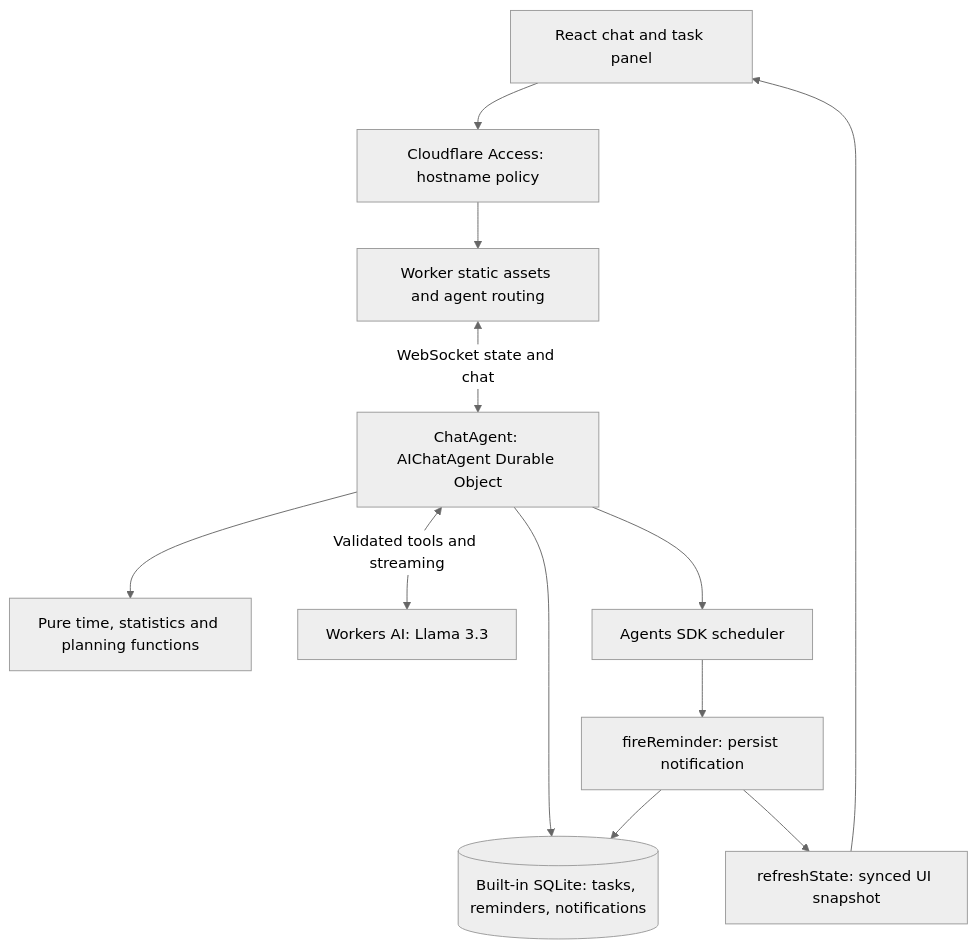
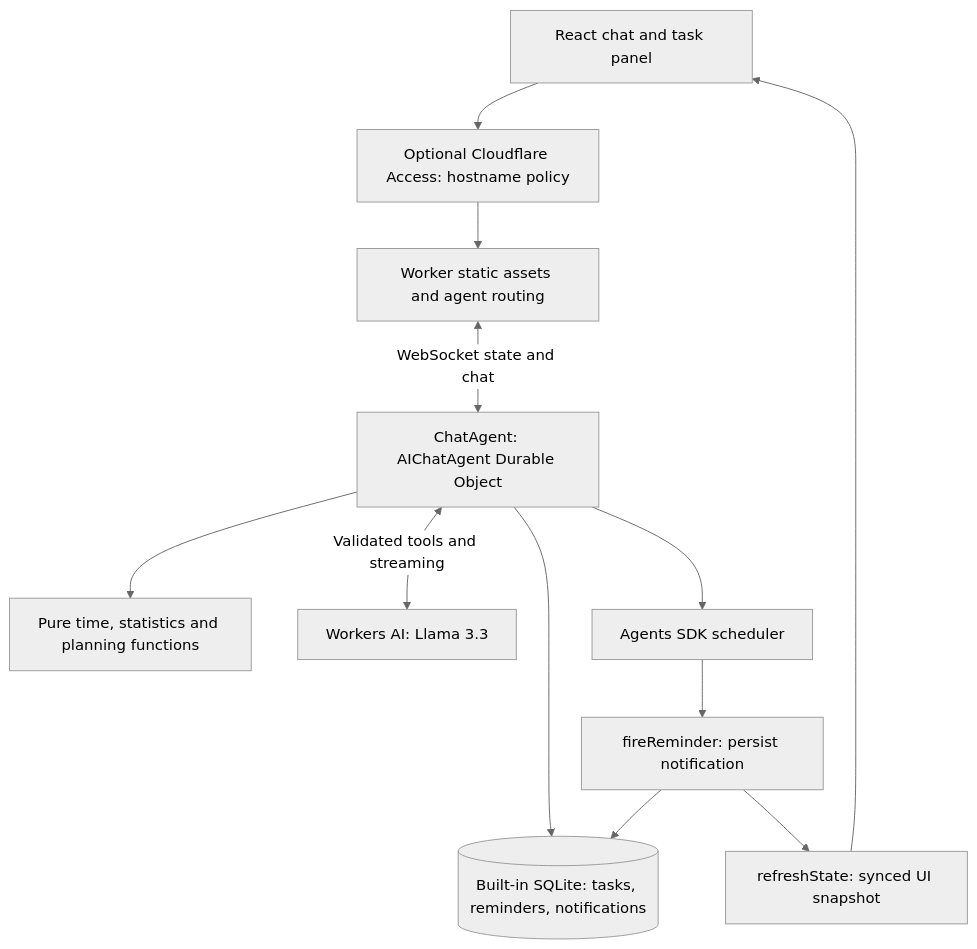
The diagram in README.md (anastasiabutok/todo-agent), drawn with Mermaid (neutral theme) before and after one commit. The commit also changed other lines of this file and 12 other files, not shown here.

````diff
--- a/README.md
+++ b/README.md
@@ -11,14 +15,14 @@
 ```mermaid
 flowchart TD
-  Browser[React chat and task panel] --> Access[Cloudflare Access: hostname policy]
+  Browser[React chat and task panel] --> Access[Optional Cloudflare Access: hostname policy]
   Access --> Worker[Worker static assets and agent routing]
   Worker <-->|WebSocket state and chat| Agent[ChatAgent: AIChatAgent Durable Object]
   Agent --> SQL[(Built-in SQLite: tasks, reminders, notifications)]
   Agent --> Functions[Pure time, statistics and planning functions]
   Agent <-->|Validated tools and streaming| AI[Workers AI: Llama 3.3]
   Agent --> Scheduler[Agents SDK scheduler]
   Scheduler --> Callback[fireReminder: persist notification]
   Callback --> SQL
   Callback --> State[refreshState: synced UI snapshot]
   State --> Browser
 ```
````
